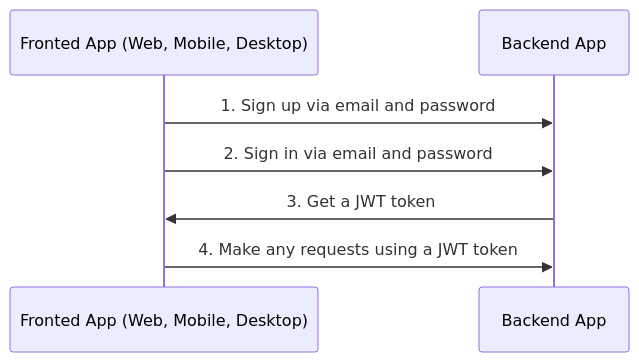
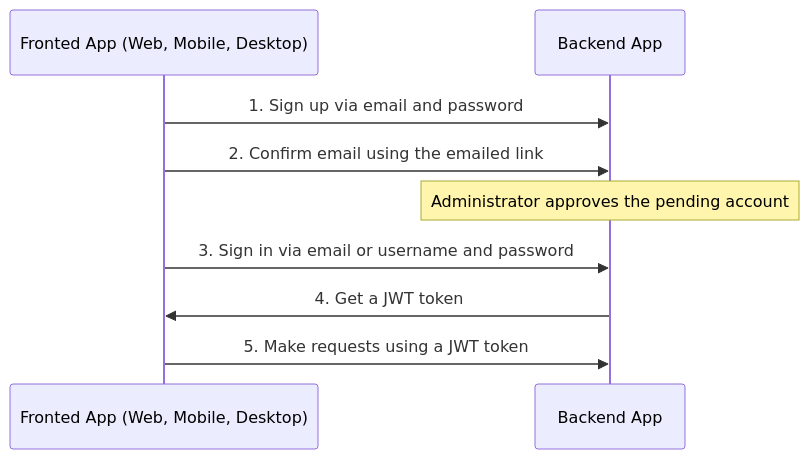
Before and after one commit to MeowChau/Trice_HSK_Admin: the first of 2 diagrams in backend/docs/auth.md, drawn with Mermaid. The commit also changed other lines of this file and 1282 other files, not shown here.

````diff
--- a/backend/docs/auth.md
+++ b/backend/docs/auth.md
@@ -30,10 +34,12 @@
 ```mermaid
 sequenceDiagram
     participant A as Fronted App (Web, Mobile, Desktop)
     participant B as Backend App
 
     A->>B: 1. Sign up via email and password
-    A->>B: 2. Sign in via email and password
-    B->>A: 3. Get a JWT token
-    A->>B: 4. Make any requests using a JWT token
+    A->>B: 2. Confirm email using the emailed link
+    Note over B: Administrator approves the pending account
+    A->>B: 3. Sign in via email or username and password
+    B->>A: 4. Get a JWT token
+    A->>B: 5. Make requests using a JWT token
 ```
````
